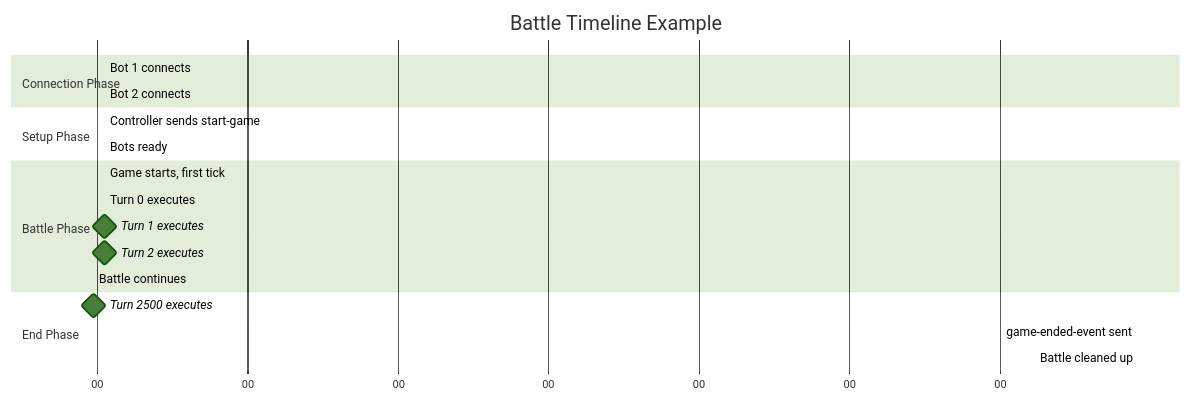
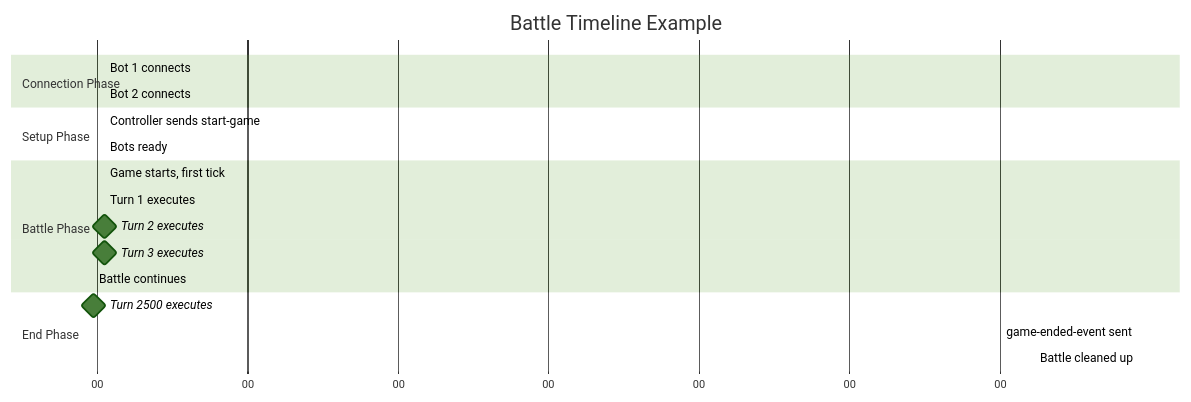
One commit to robocode-dev/tank-royale changed diagram 14 of 14 in docs-internal/architecture/models/flows/battle-lifecycle.md. Above: the diagram before and after it, drawn with Mermaid (forest theme). The commit also changed 23 other files, not shown here.

````diff
--- a/docs-internal/architecture/models/flows/battle-lifecycle.md
+++ b/docs-internal/architecture/models/flows/battle-lifecycle.md
@@ -591,26 +591,26 @@
 ```mermaid
 gantt
     title Battle Timeline Example
     dateFormat ss
     axisFormat %S
     
     section Connection Phase
     Bot 1 connects           :00, 1s
     Bot 2 connects           :05, 1s
     
     section Setup Phase
     Controller sends start-game :10, 5s
     Bots ready               :15, 5s
     
     section Battle Phase
     Game starts, first tick  :20, 3s
-    Turn 0 executes         :23, 33ms
-    Turn 1 executes         :milestone, 56
-    Turn 2 executes         :milestone, 90
+    Turn 1 executes         :23, 33ms
+    Turn 2 executes         :milestone, 56
+    Turn 3 executes         :milestone, 90
     Battle continues        :90, 4930s
     
     section End Phase
     Turn 2500 executes      :milestone, 5453
     game-ended-event sent   :5455, 5s
     Battle cleaned up       :5460, 40s
 ```
````
